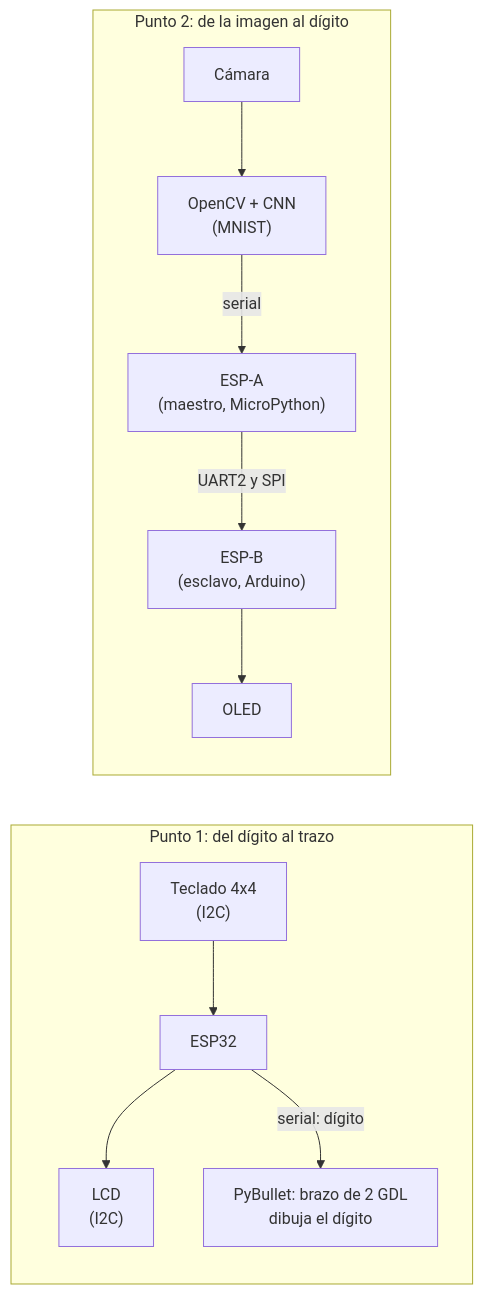
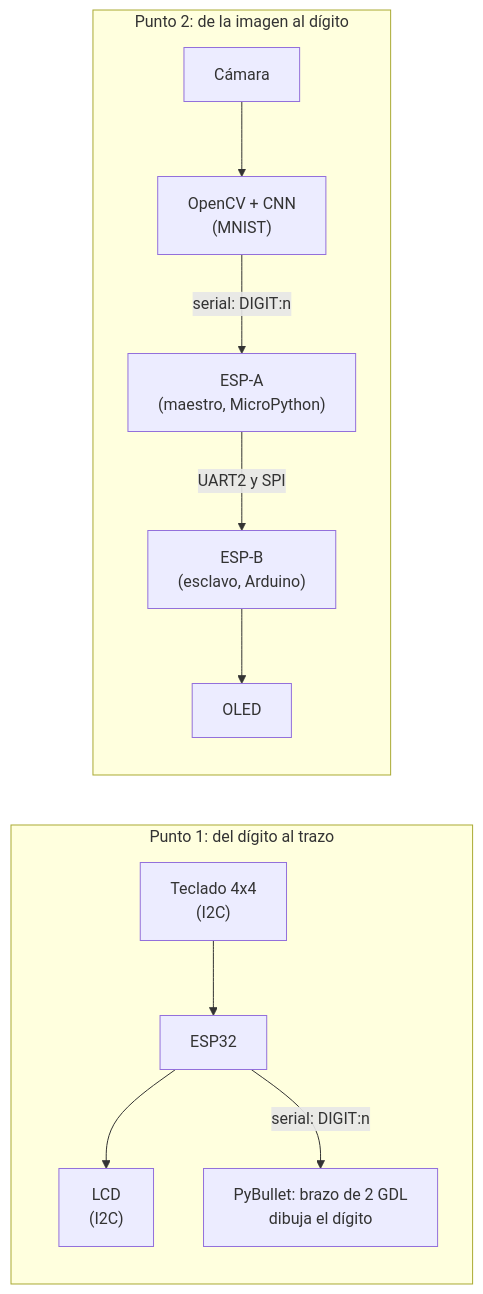
The diagram in 8-digitos-brazo-y-vision/README.md (Dathinel/Sensores-Teoria), drawn with Mermaid before and after one commit. The commit also changed other lines of this file and 72 other files, not shown here.

````diff
--- a/8-digitos-brazo-y-vision/README.md
+++ b/8-digitos-brazo-y-vision/README.md
@@ -9,11 +27,11 @@
 ```mermaid
 flowchart LR
     subgraph P1["Punto 1: del dígito al trazo"]
         T["Teclado 4x4<br/>(I2C)"] --> E1["ESP32"] --> L["LCD<br/>(I2C)"]
-        E1 -- "serial: dígito" --> B["PyBullet: brazo de 2 GDL<br/>dibuja el dígito"]
+        E1 -- "serial: DIGIT:n" --> B["PyBullet: brazo de 2 GDL<br/>dibuja el dígito"]
     end
     subgraph P2["Punto 2: de la imagen al dígito"]
-        C["Cámara"] --> CNN["OpenCV + CNN<br/>(MNIST)"] -- "serial" --> A["ESP-A<br/>(maestro, MicroPython)"]
+        C["Cámara"] --> CNN["OpenCV + CNN<br/>(MNIST)"] -- "serial: DIGIT:n" --> A["ESP-A<br/>(maestro, MicroPython)"]
         A -- "UART2 y SPI" --> BB["ESP-B<br/>(esclavo, Arduino)"] --> O["OLED"]
     end
 ```
````
